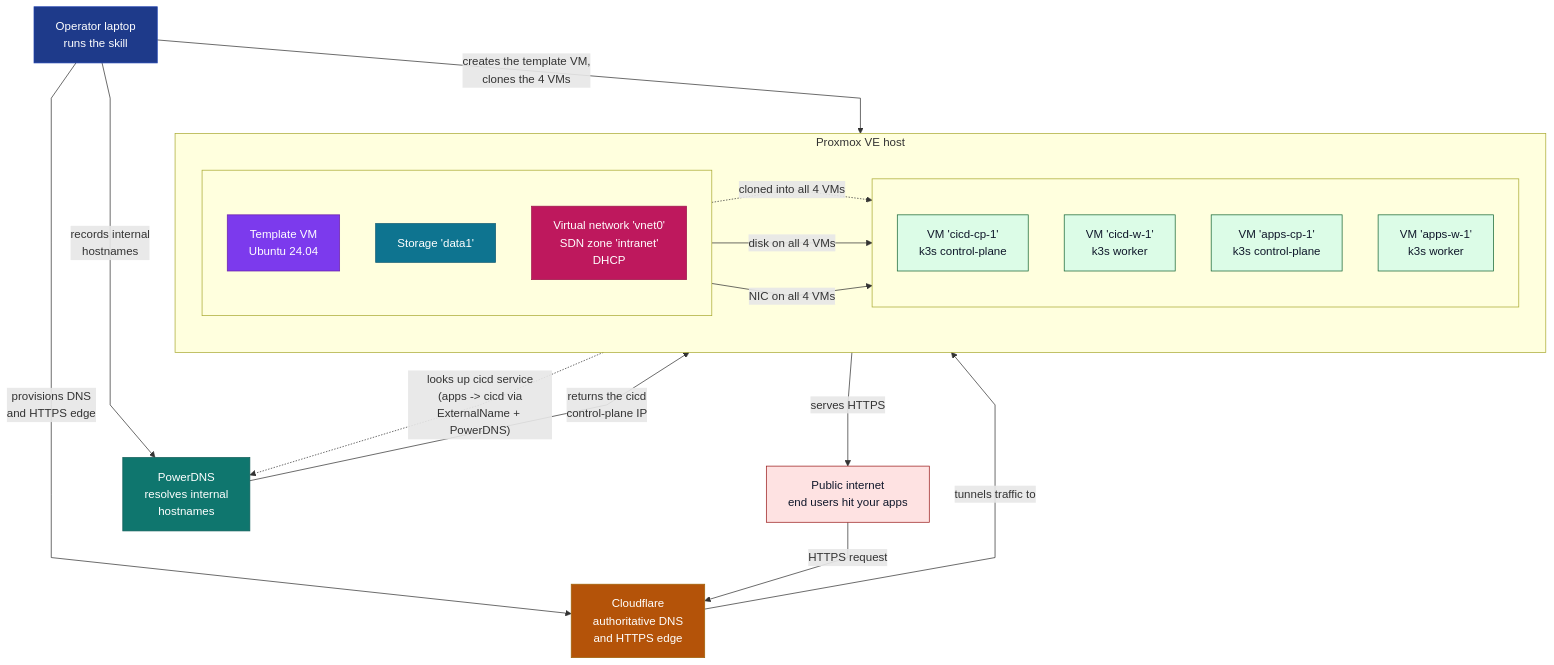
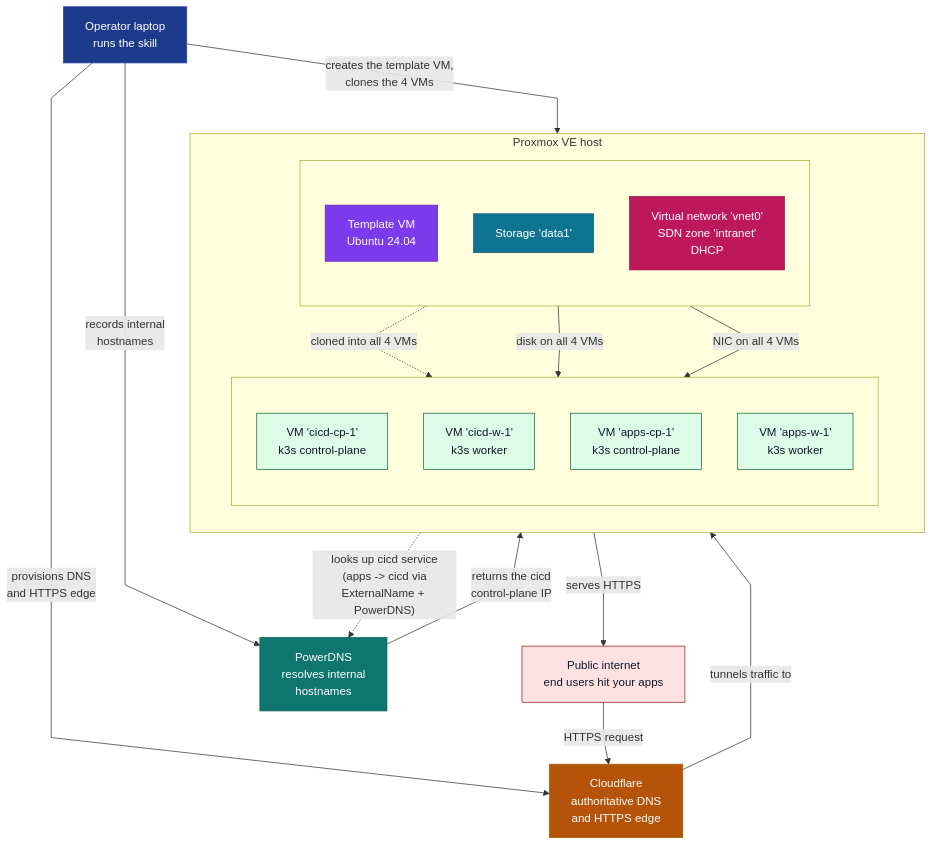
Before and after one commit to bruj0/proxmox-k8s-cicd: the diagram in README.md, drawn with Mermaid.

Commit message:
docs(readme): make the Proxmox host subgraph render top-to-bottom
The Proxmox host subgraph had `direction LR` so the three
primitives (Template, Storage, SDN) rendered in a column on the
left and the four VMs in a row on the right. The user wanted
top-to-bottom instead.

Change the subgraph direction from LR to TB. The primitives now
stack vertically above the VMs, and the three 'all 4 VMs'
arrows fan downward into the VM row instead of rightward.

This also reverts the parallel docs/architecture.md change made
in the previous turn — the cross-cluster DNS flow diagram stays
LR as originally written.

Validated with mmdc (57 KB transparent PNG, clean render from
the actual README.md content).

````diff
--- a/README.md
+++ b/README.md
@@ -24,59 +24,59 @@
 ```mermaid
 %%{ init: { 'flowchart': { 'curve': 'linear' } } }%%
 flowchart TB
   Operator["Operator laptop<br/>runs the skill"]
   Internet["Public internet<br/>end users hit your apps"]
   CF["Cloudflare<br/>authoritative DNS<br/>and HTTPS edge"]
   PDNS["PowerDNS<br/>resolves internal<br/>hostnames"]
 
   subgraph PVE["Proxmox VE host"]
-    direction LR
+    direction TB
     subgraph PRIMS[" "]
       direction TB
       Template["Template VM<br/>Ubuntu 24.04"]
       Storage["Storage 'data1'"]
       SDN["Virtual network 'vnet0'<br/>SDN zone 'intranet'<br/>DHCP"]
     end
 
     subgraph VMS[" "]
       direction TB
       VMcicdcp["VM 'cicd-cp-1'<br/>k3s control-plane"]
       VMcicdw["VM 'cicd-w-1'<br/>k3s worker"]
       VMappscp["VM 'apps-cp-1'<br/>k3s control-plane"]
       VMappsw["VM 'apps-w-1'<br/>k3s worker"]
     end
   end
 
   Operator -->|"creates the template VM,<br/>clones the 4 VMs"| PVE
   Operator -->|"provisions DNS<br/>and HTTPS edge"| CF
   Operator -->|"records internal<br/>hostnames"| PDNS
 
   Template -. "cloned into all 4 VMs" .-> VMcicdcp
   Storage -->|"disk on all 4 VMs"| VMcicdcp
   SDN -->|"NIC on all 4 VMs"| VMcicdcp
 
   VMappsw -->|"serves HTTPS"| Internet
   CF -->|"tunnels traffic to"| VMappsw
   Internet -->|"HTTPS request"| CF
 
   VMappsw -. "looks up cicd service<br/>(apps -> cicd via<br/>ExternalName + PowerDNS)" .-> PDNS
   PDNS -->|"returns the cicd<br/>control-plane IP"| VMappsw
 
   classDef operator fill:#1e3a8a,stroke:#1e40af,color:#ffffff
   classDef external fill:#b45309,stroke:#a16207,color:#ffffff
   classDef pdns fill:#0f766e,stroke:#115e59,color:#ffffff
   classDef template fill:#7c3aed,stroke:#6b21a8,color:#ffffff
   classDef storage fill:#0e7490,stroke:#155e75,color:#ffffff
   classDef network fill:#be185d,stroke:#9d174d,color:#ffffff
   classDef vm fill:#dcfce7,stroke:#166534,color:#0f172a
   classDef internet fill:#fee2e2,stroke:#991b1b,color:#0f172a
 
   class Operator operator
   class CF external
   class PDNS pdns
   class Template template
   class Storage storage
   class SDN network
   class VMcicdcp,VMcicdw,VMappscp,VMappsw vm
   class Internet internet
 ```
````
